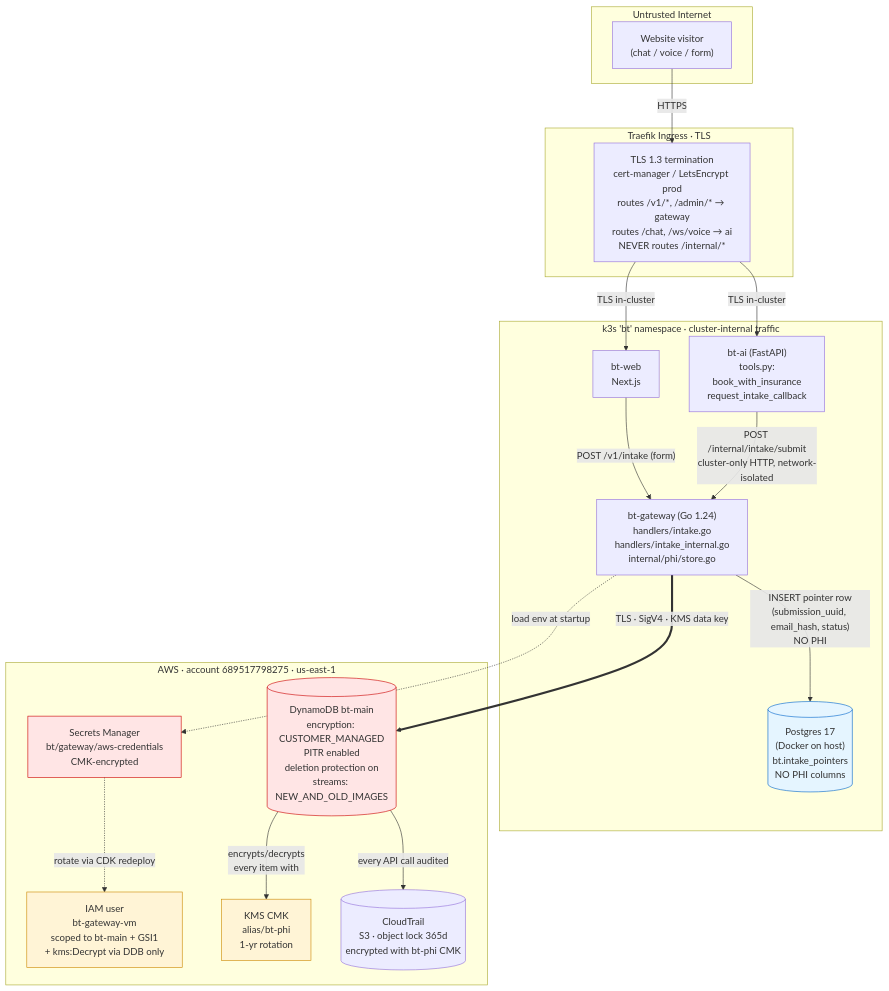
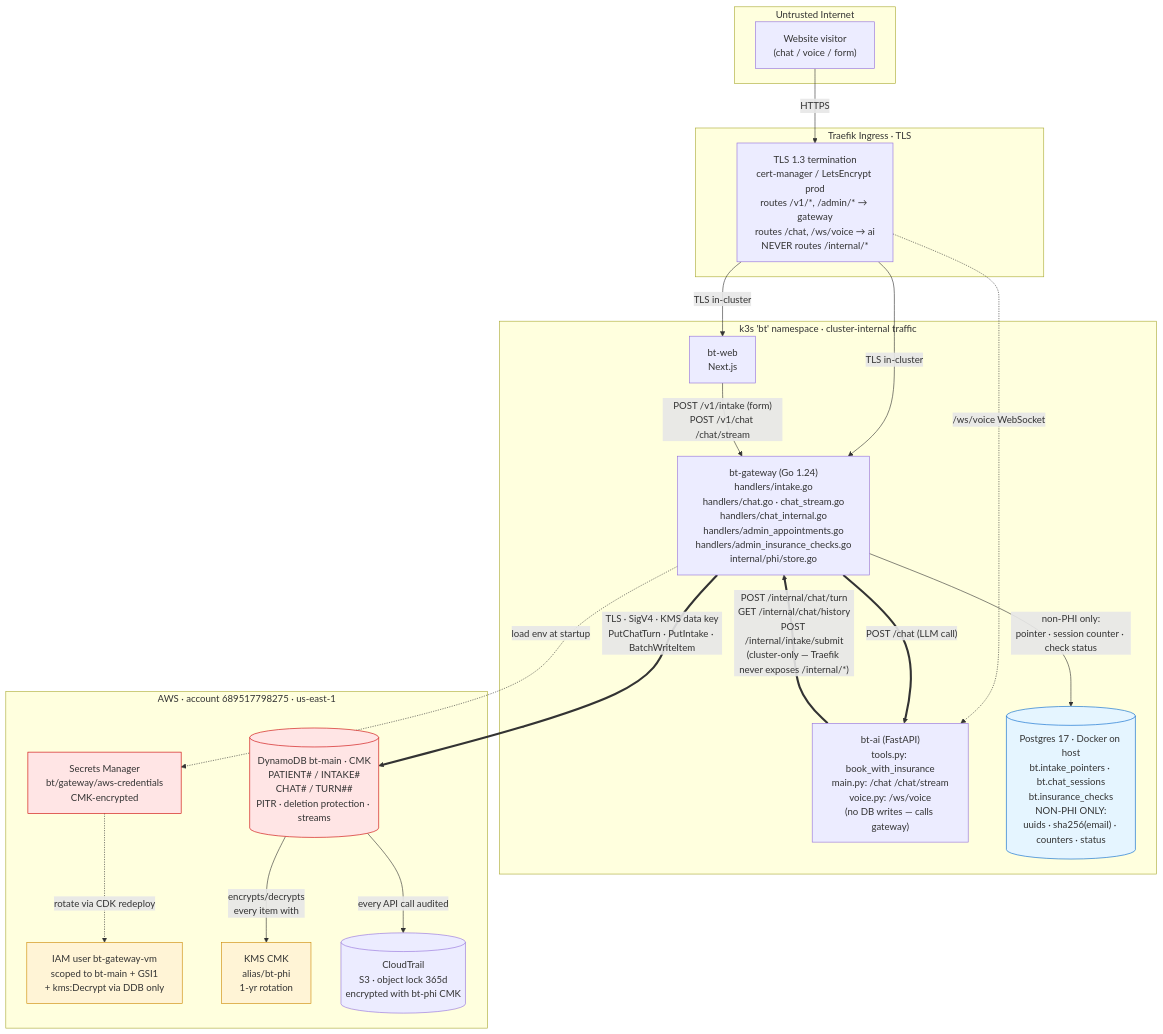
The second of 10 diagrams in README.md (shankasf/brightertomorrow), drawn with Mermaid before and after one commit. The commit also changed other lines of this file and 9 other files, not shown here.

First line of the commit message:
feat(hipaa): move chat transcripts off Postgres into DynamoDB

````diff
--- a/README.md
+++ b/README.md
@@ -271,45 +295,47 @@
 ```mermaid
 flowchart TB
     subgraph EXT["Untrusted Internet"]
         VISITOR["Website visitor<br/>(chat / voice / form)"]
     end
 
     subgraph TRAEFIK["Traefik Ingress · TLS"]
         INGRESS["TLS 1.3 termination<br/>cert-manager / LetsEncrypt prod<br/>routes /v1/*, /admin/* → gateway<br/>routes /chat, /ws/voice → ai<br/>NEVER routes /internal/*"]
     end
 
     subgraph BT["k3s 'bt' namespace · cluster-internal traffic"]
         WEB["bt-web<br/>Next.js"]
-        AI["bt-ai (FastAPI)<br/>tools.py:<br/>book_with_insurance<br/>request_intake_callback"]
-        GW["bt-gateway (Go 1.24)<br/>handlers/intake.go<br/>handlers/intake_internal.go<br/>internal/phi/store.go"]
-        PG[("Postgres 17<br/>(Docker on host)<br/>bt.intake_pointers<br/>NO PHI columns")]
+        AI["bt-ai (FastAPI)<br/>tools.py: book_with_insurance<br/>main.py: /chat /chat/stream<br/>voice.py: /ws/voice<br/>(no DB writes — calls gateway)"]
+        GW["bt-gateway (Go 1.24)<br/>handlers/intake.go<br/>handlers/chat.go · chat_stream.go<br/>handlers/chat_internal.go<br/>handlers/admin_appointments.go<br/>handlers/admin_insurance_checks.go<br/>internal/phi/store.go"]
+        PG[("Postgres 17 · Docker on host<br/>bt.intake_pointers · bt.chat_sessions<br/>bt.insurance_checks<br/>NON-PHI ONLY:<br/>uuids · sha256(email) · counters · status")]
     end
 
     subgraph AWS["AWS · account 689517798275 · us-east-1"]
-        IAM["IAM user<br/>bt-gateway-vm<br/>scoped to bt-main + GSI1<br/>+ kms:Decrypt via DDB only"]
+        IAM["IAM user bt-gateway-vm<br/>scoped to bt-main + GSI1<br/>+ kms:Decrypt via DDB only"]
         SM["Secrets Manager<br/>bt/gateway/aws-credentials<br/>CMK-encrypted"]
         CMK["KMS CMK<br/>alias/bt-phi<br/>1-yr rotation"]
-        DDB[("DynamoDB bt-main<br/>encryption: CUSTOMER_MANAGED<br/>PITR enabled<br/>deletion protection on<br/>streams: NEW_AND_OLD_IMAGES")]
+        DDB[("DynamoDB bt-main · CMK<br/>PATIENT#<email_hash> / INTAKE#<uuid><br/>CHAT#<session_id> / TURN#<ts>#<role><br/>PITR · deletion protection · streams")]
         TRAIL[("CloudTrail<br/>S3 · object lock 365d<br/>encrypted with bt-phi CMK")]
     end
 
     VISITOR -- "HTTPS" --> INGRESS
     INGRESS -- "TLS in-cluster" --> WEB
-    INGRESS -- "TLS in-cluster" --> AI
-    WEB -- "POST /v1/intake (form)" --> GW
-    AI -- "POST /internal/intake/submit<br/>cluster-only HTTP, network-isolated" --> GW
+    INGRESS -- "TLS in-cluster" --> GW
+    INGRESS -. "/ws/voice WebSocket" .-> AI
+    WEB -- "POST /v1/intake (form)<br/>POST /v1/chat /chat/stream" --> GW
+    GW == "POST /chat (LLM call)" ==> AI
+    AI == "POST /internal/chat/turn<br/>GET /internal/chat/history<br/>POST /internal/intake/submit<br/>(cluster-only — Traefik never exposes /internal/*)" ==> GW
 
     GW -. "load env at startup" .-> SM
     SM -. "rotate via CDK redeploy" .-> IAM
-    GW == "TLS · SigV4 · KMS data key" ==> DDB
+    GW == "TLS · SigV4 · KMS data key<br/>PutChatTurn · PutIntake · BatchWriteItem" ==> DDB
     DDB -- "encrypts/decrypts<br/>every item with" --> CMK
     DDB -- "every API call audited" --> TRAIL
-    GW -- "INSERT pointer row<br/>(submission_uuid, email_hash, status)<br/>NO PHI" --> PG
+    GW -- "non-PHI only:<br/>pointer · session counter · check status" --> PG
 
     classDef phi fill:#ffe5e5,stroke:#c00
     classDef pointer fill:#e5f5ff,stroke:#06c
     classDef key fill:#fff4d6,stroke:#c80
     class DDB,SM phi
     class PG pointer
     class CMK,IAM key
 ```
````
